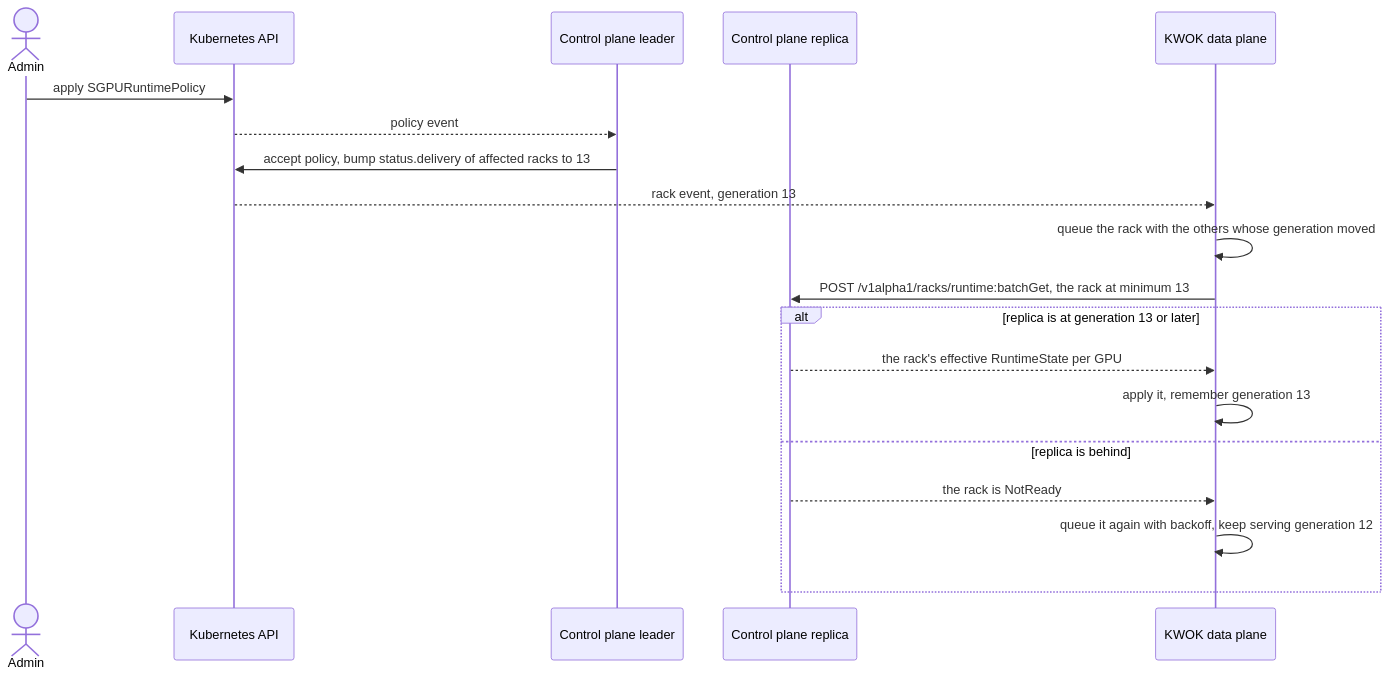
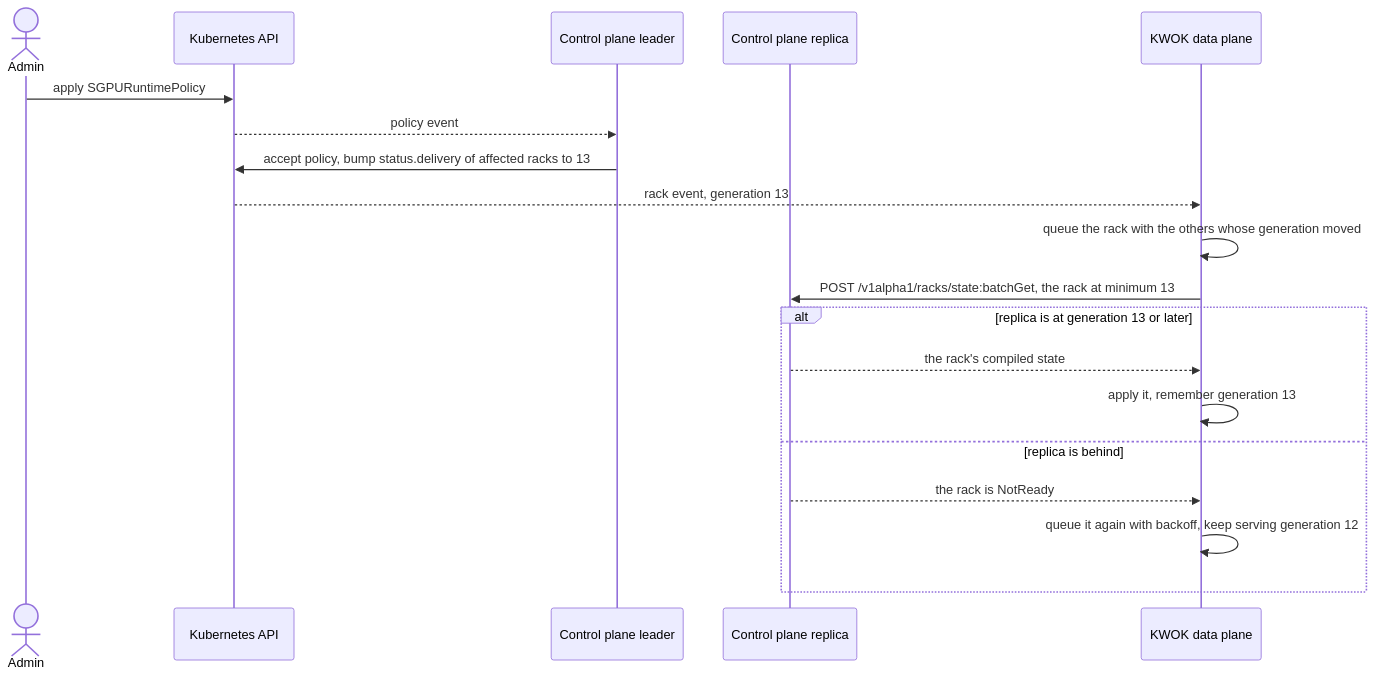
The diagram in enhancements/meps/0008-fgo-integration/README.md (NVIDIA/k8s-test-infra), drawn with Mermaid before and after one commit. The commit also changed other lines of this file and 6 other files, not shown here.

````diff
--- a/enhancements/meps/0008-fgo-integration/README.md
+++ b/enhancements/meps/0008-fgo-integration/README.md
@@ -625,22 +805,22 @@
 ```mermaid
 sequenceDiagram
     actor Admin
     participant API as Kubernetes API
     participant Leader as Control plane leader
     participant Replica as Control plane replica
     participant DP as KWOK data plane
 
     Admin->>API: apply SGPURuntimePolicy
     API-->>Leader: policy event
     Leader->>API: accept policy, bump status.delivery of affected racks to 13
     API-->>DP: rack event, generation 13
     DP->>DP: queue the rack with the others whose generation moved
-    DP->>Replica: POST /v1alpha1/racks/runtime:batchGet, the rack at minimum 13
+    DP->>Replica: POST /v1alpha1/racks/state:batchGet, the rack at minimum 13
     alt replica is at generation 13 or later
-        Replica-->>DP: the rack's effective RuntimeState per GPU
+        Replica-->>DP: the rack's compiled state
         DP->>DP: apply it, remember generation 13
     else replica is behind
         Replica-->>DP: the rack is NotReady
         DP->>DP: queue it again with backoff, keep serving generation 12
     end
 ```
````
